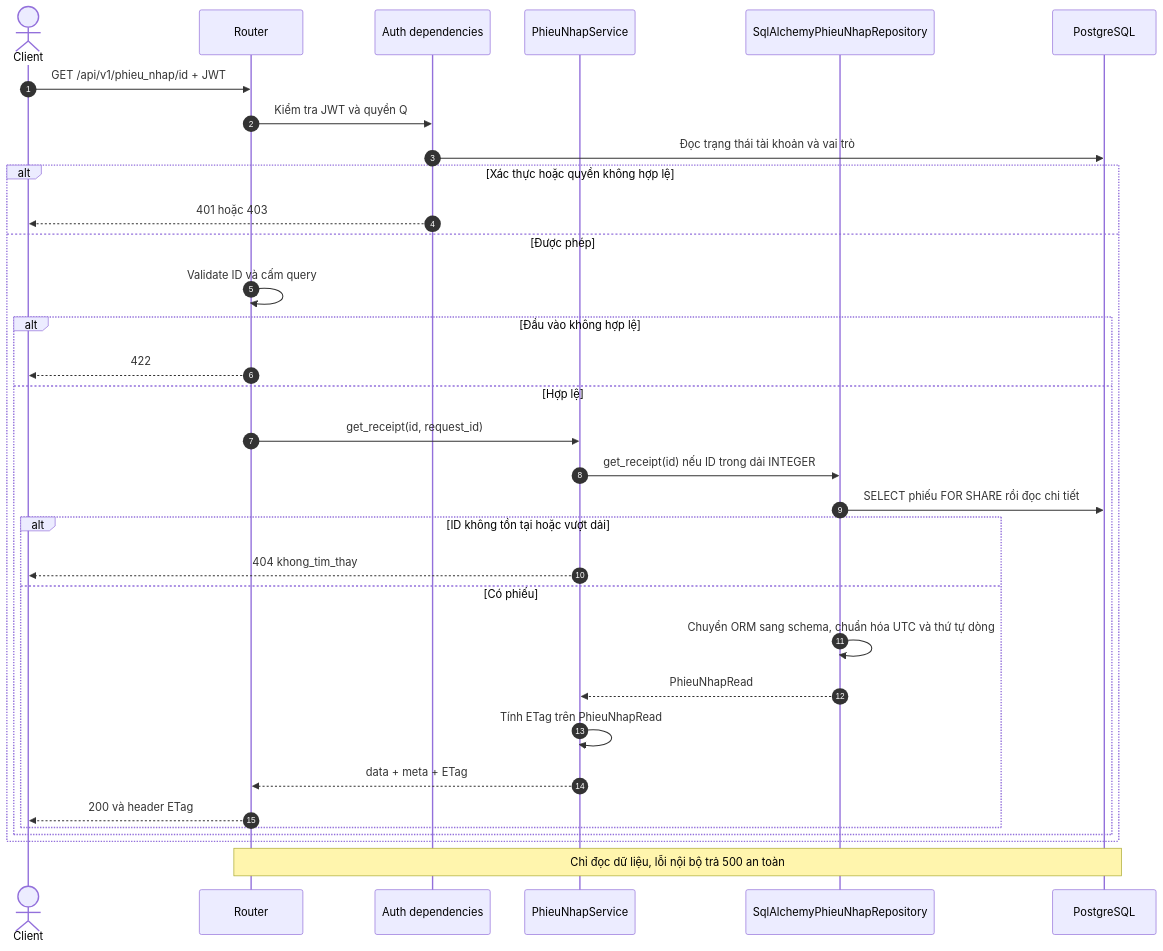
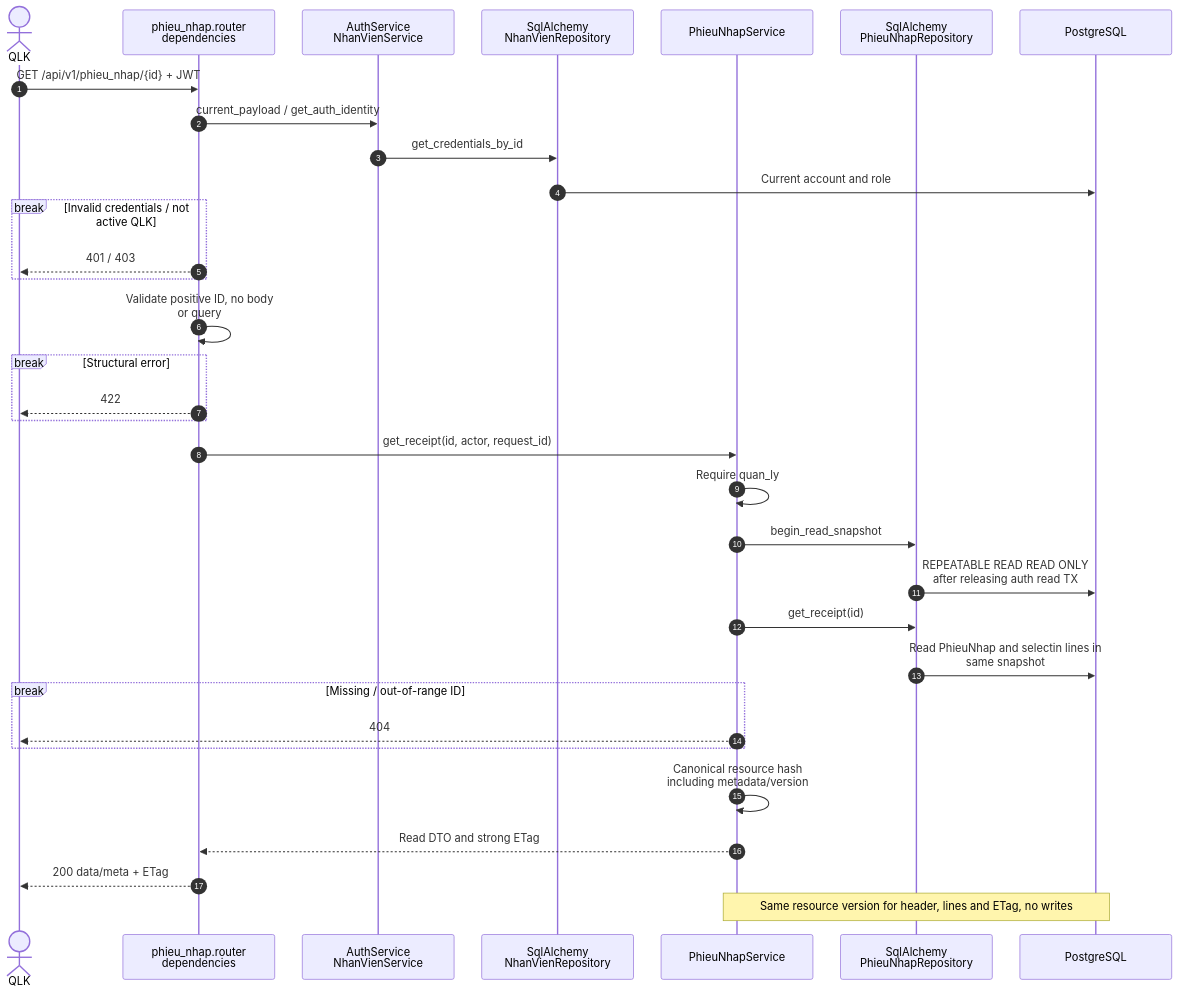
The second of 6 diagrams in docs/sequence/phieu_nhap.md (thanhklt/xbike-mrp-system), drawn with Mermaid before and after one commit. The commit also changed other lines of this file and 30 other files, not shown here.

Commit message:
feat(phieu-nhap): triển khai UC-20 -> UC-22 theo data model v4

````diff
--- a/docs/sequence/phieu_nhap.md
+++ b/docs/sequence/phieu_nhap.md
@@ -92,35 +82,36 @@
 ```mermaid
+%%{init: {"sequence": {"width": 220, "wrap": true, "actorMargin": 40}}}%%
 sequenceDiagram
     autonumber
-    actor C as Client
-    participant R as Router
-    participant D as Auth dependencies
+    actor C as QLK
+    participant R as phieu_nhap.router<br/>dependencies
+    participant A as AuthService<br/>NhanVienService
+    participant N as SqlAlchemy<br/>NhanVienRepository
     participant S as PhieuNhapService
-    participant P as SqlAlchemyPhieuNhapRepository
+    participant P as SqlAlchemy<br/>PhieuNhapRepository
     participant DB as PostgreSQL
-    C->>R: GET /api/v1/phieu_nhap/id + JWT
-    R->>D: Kiểm tra JWT và quyền Q
-    D->>DB: Đọc trạng thái tài khoản và vai trò
-    alt Xác thực hoặc quyền không hợp lệ
-        D-->>C: 401 hoặc 403
-    else Được phép
-        R->>R: Validate ID và cấm query
-        alt Đầu vào không hợp lệ
-            R-->>C: 422
-        else Hợp lệ
-            R->>S: get_receipt(id, request_id)
-            S->>P: get_receipt(id) nếu ID trong dải INTEGER
-            P->>DB: SELECT phiếu FOR SHARE rồi đọc chi tiết
-            alt ID không tồn tại hoặc vượt dải
-                S-->>C: 404 khong_tim_thay
-            else Có phiếu
-                P->>P: Chuyển ORM sang schema, chuẩn hóa UTC và thứ tự dòng
-                P-->>S: PhieuNhapRead
-                S->>S: Tính ETag trên PhieuNhapRead
-                S-->>R: data + meta + ETag
-                R-->>C: 200 và header ETag
-            end
-        end
+    C->>R: GET /api/v1/phieu_nhap/{id} + JWT
+    R->>A: current_payload / get_auth_identity
+    A->>N: get_credentials_by_id
+    N->>DB: Current account and role
+    break Invalid credentials / not active QLK
+        R-->>C: 401 / 403
     end
-    Note over R,DB: Chỉ đọc dữ liệu, lỗi nội bộ trả 500 an toàn
+    R->>R: Validate positive ID, no body or query
+    break Structural error
+        R-->>C: 422
+    end
+    R->>S: get_receipt(id, actor, request_id)
+    S->>S: Require quan_ly
+    S->>P: begin_read_snapshot
+    P->>DB: REPEATABLE READ READ ONLY after releasing auth read TX
+    S->>P: get_receipt(id)
+    P->>DB: Read PhieuNhap and selectin lines in same snapshot
+    break Missing / out-of-range ID
+        S-->>C: 404
+    end
+    S->>S: Canonical resource hash including metadata/version
+    S-->>R: Read DTO and strong ETag
+    R-->>C: 200 data/meta + ETag
+    Note over S,DB: Same resource version for header, lines and ETag, no writes
 ```
````
